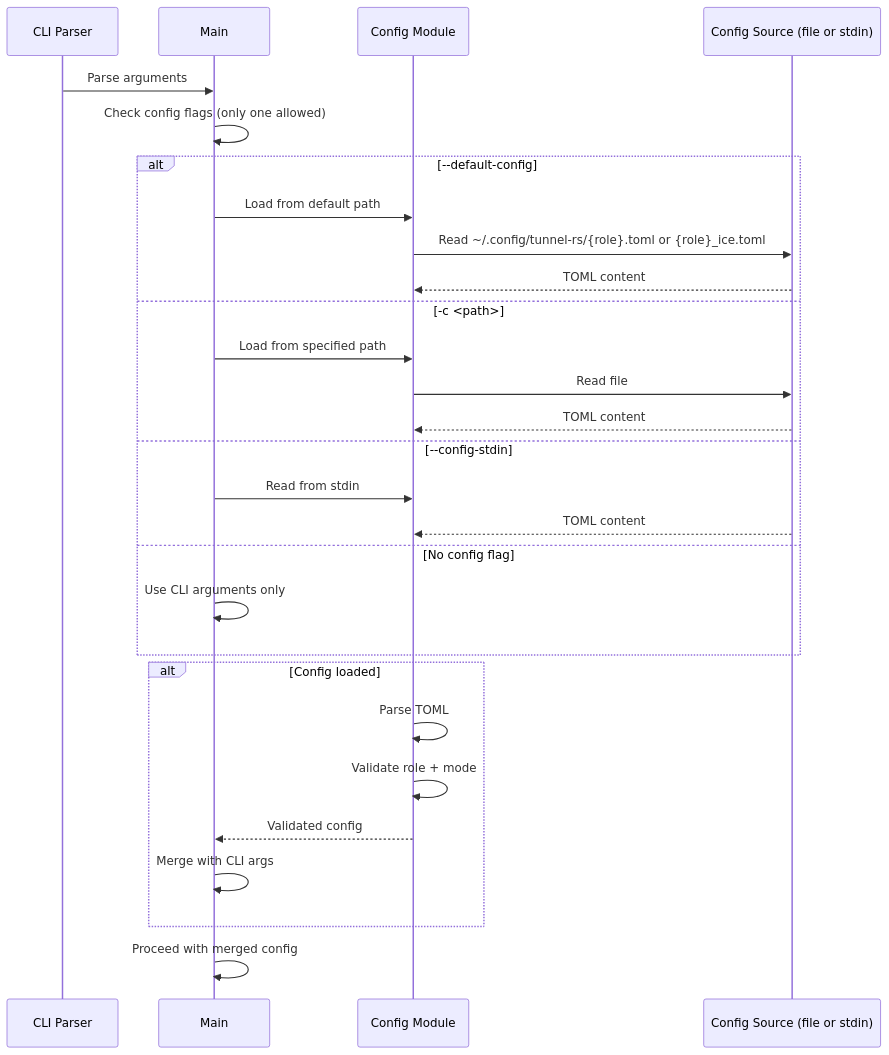
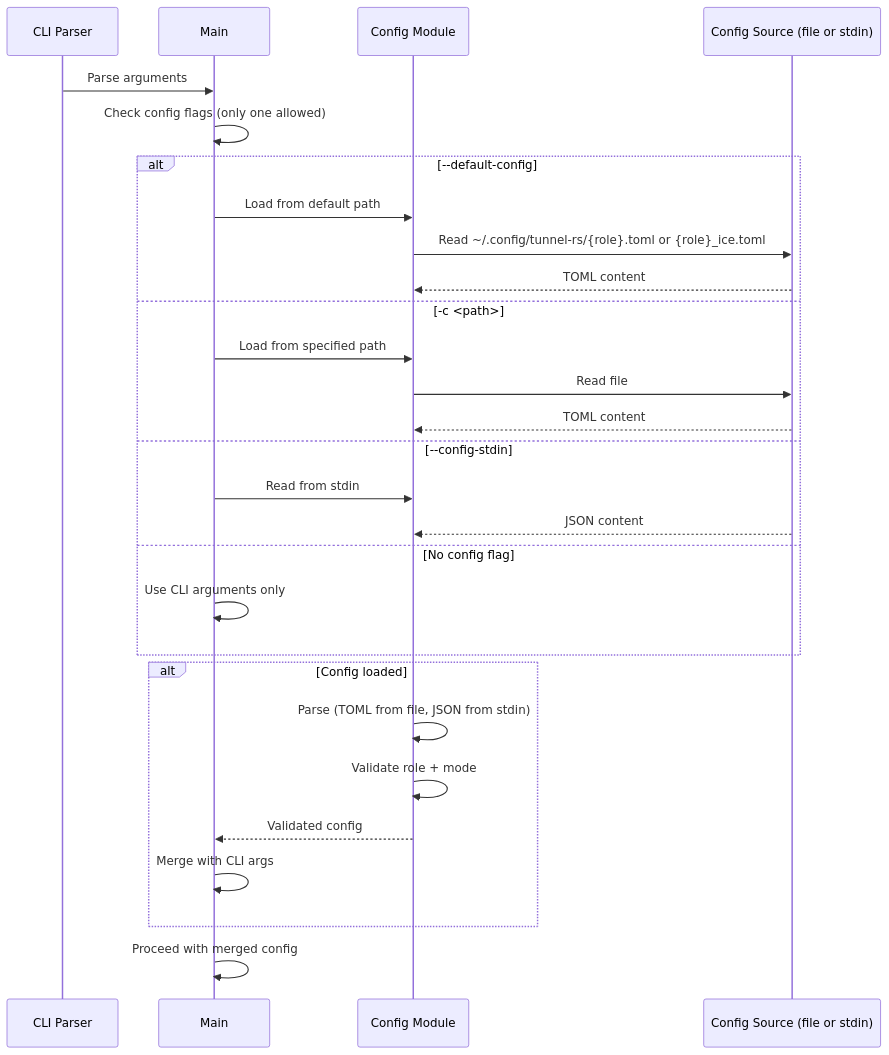
Diagram 11 of 23 in docs/ARCHITECTURE.md (andrewtheguy/tunnel-rs), drawn with Mermaid before and after one commit. The commit also changed 3 other files, not shown here.

Commit message:
fix: update documentation to clarify JSON config handling from stdin for automation/IPC

````diff
--- a/docs/ARCHITECTURE.md
+++ b/docs/ARCHITECTURE.md
@@ -518,34 +518,34 @@
 ```mermaid
 sequenceDiagram
     participant CLI as CLI Parser
     participant Main as Main
     participant Config as Config Module
     participant Source as Config Source (file or stdin)
 
     CLI->>Main: Parse arguments
     Main->>Main: Check config flags (only one allowed)
 
     alt --default-config
         Main->>Config: Load from default path
         Config->>Source: Read ~/.config/tunnel-rs/{role}.toml or {role}_ice.toml
         Source-->>Config: TOML content
     else -c <path>
         Main->>Config: Load from specified path
         Config->>Source: Read file
         Source-->>Config: TOML content
     else --config-stdin
         Main->>Config: Read from stdin
-        Source-->>Config: TOML content
+        Source-->>Config: JSON content
     else No config flag
         Main->>Main: Use CLI arguments only
     end
 
     alt Config loaded
-        Config->>Config: Parse TOML
+        Config->>Config: Parse (TOML from file, JSON from stdin)
         Config->>Config: Validate role + mode
         Config-->>Main: Validated config
         Main->>Main: Merge with CLI args
     end
 
     Main->>Main: Proceed with merged config
 ```
````
